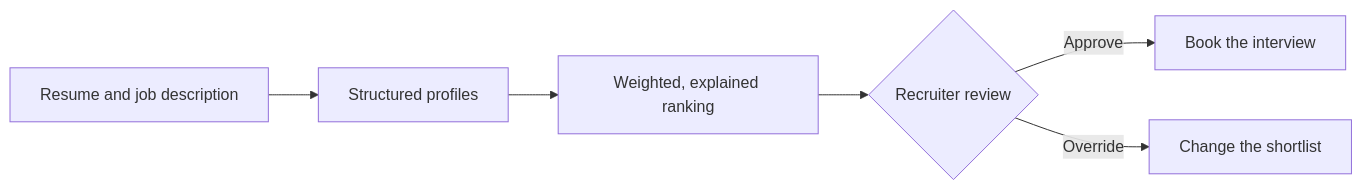
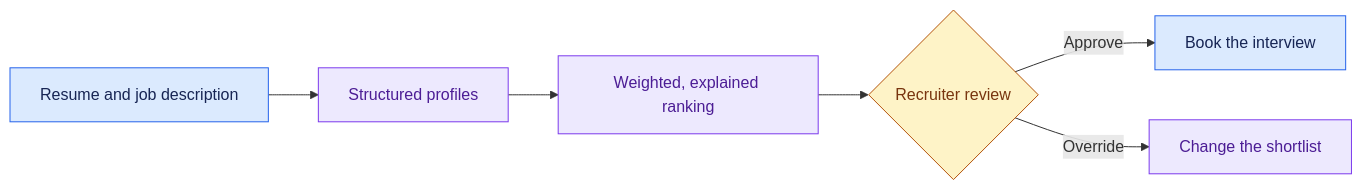
Before and after one commit to Sourav692/Forward-Deployed-Engineer-Interview-Prep: the diagram in site/content/modules/15-fde-case-studies/standalone-designs/recruiting-platform/intro.md, drawn with Mermaid. The commit also changed 1268 other files, not shown here.

First line of the commit message:
content: polish Casebook writing and Mermaid diagrams (#251)

````diff
--- a/site/content/modules/15-fde-case-studies/standalone-designs/recruiting-platform/intro.md
+++ b/site/content/modules/15-fde-case-studies/standalone-designs/recruiting-platform/intro.md
@@ -15,8 +15,16 @@
 ```mermaid
 flowchart LR
   A[Resume and job description] --> B[Structured profiles]
   B --> C[Weighted, explained ranking]
   C --> D{Recruiter review}
   D -->|Approve| E[Book the interview]
   D -->|Override| F[Change the shortlist]
+
+    %% Casebook colours: entry, reasoning, results, controls, and stopped paths.
+    classDef cbInput fill:#dbeafe,stroke:#2563eb,color:#172554
+    class A,E cbInput
+    classDef cbReason fill:#ede9fe,stroke:#7c3aed,color:#4c1d95
+    class B,C,F cbReason
+    classDef cbPolicy fill:#fef3c7,stroke:#b45309,color:#78350f
+    class D cbPolicy
 ```
````
